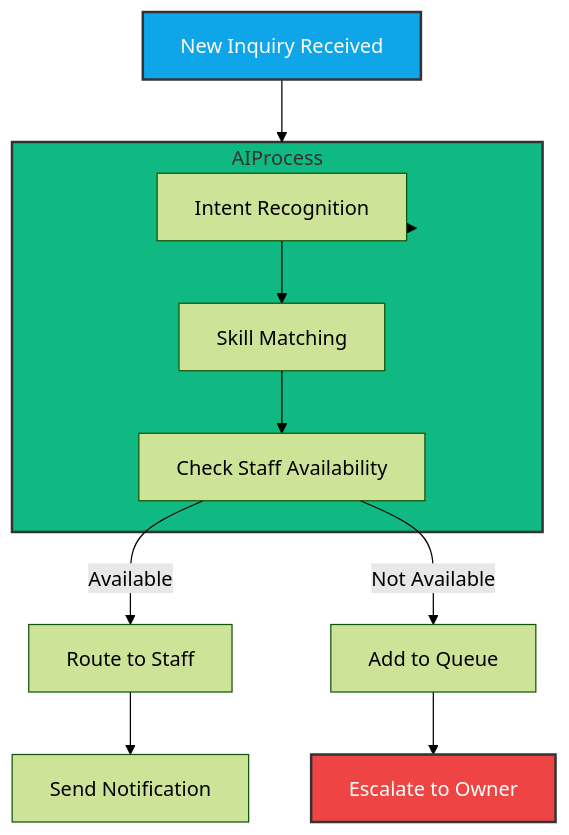
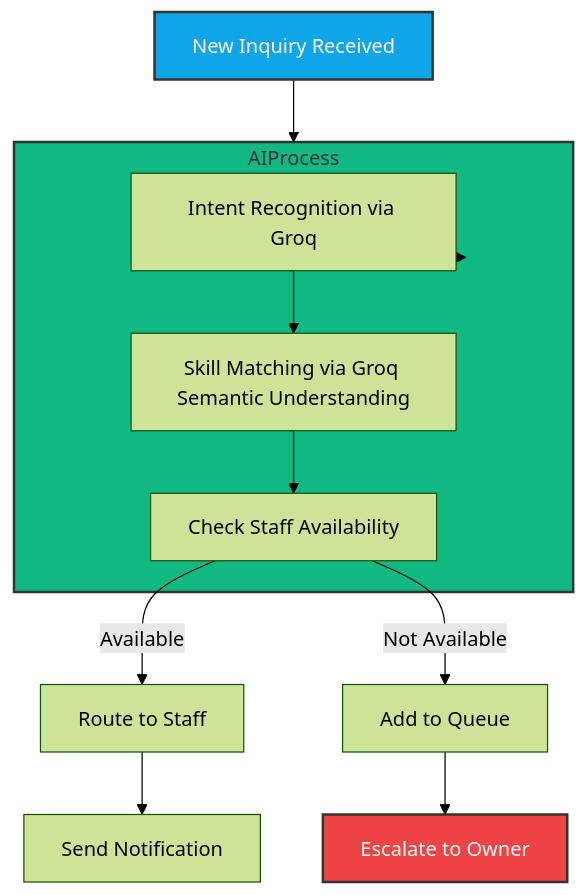
Before and after one commit to shubham-kr2002/careops: diagram 19 of 34 in workflow.md, drawn with Mermaid (forest theme). The commit also changed other lines of this file and 59 other files, not shown here.

Commit message:
Update documentation to specify Groq Llama 3.2 as LLM provider for AI features

````diff
--- a/workflow.md
+++ b/workflow.md
@@ -801,23 +804,23 @@
 ```mermaid
 flowchart TD
-    Start[New Inquiry Received] --> AIProcess[AI Service Layer]
-    AIProcess --> Intent[Intent Recognition]
-    Intent --> Skill[Skill Matching]
+    Start[New Inquiry Received] --> AIProcess[Groq Llama 3.2 Service Layer]
+    AIProcess --> Intent[Intent Recognition via Groq]
+    Intent --> Skill[Skill Matching via Groq Semantic Understanding]
     Skill --> Availability[Check Staff Availability]
     
     Availability -->|Available| Route[Route to Staff]
     Route --> Notify[Send Notification]
     
     Availability -->|Not Available| Queue[Add to Queue]
     Queue --> Escalate[Escalate to Owner]
     
     subgraph AIProcess
         Intent
         Skill
         Availability
     end
     
     style Start fill:#0EA5E9,stroke:#333,stroke-width:2px,color:#fff
     style AIProcess fill:#10B981,stroke:#333,stroke-width:2px
     style Escalate fill:#EF4444,stroke:#333,stroke-width:2px,color:#fff
 ```
````
